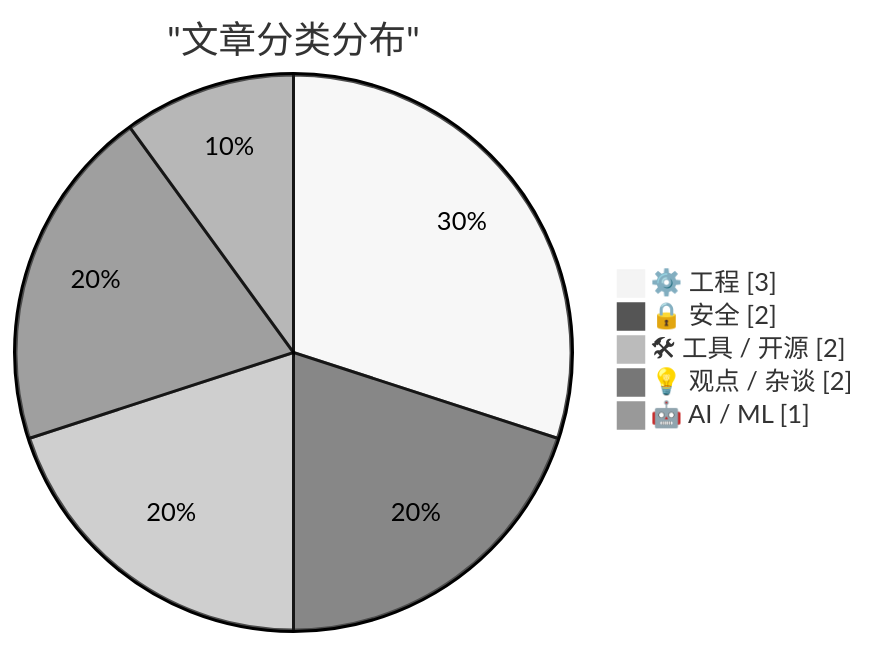
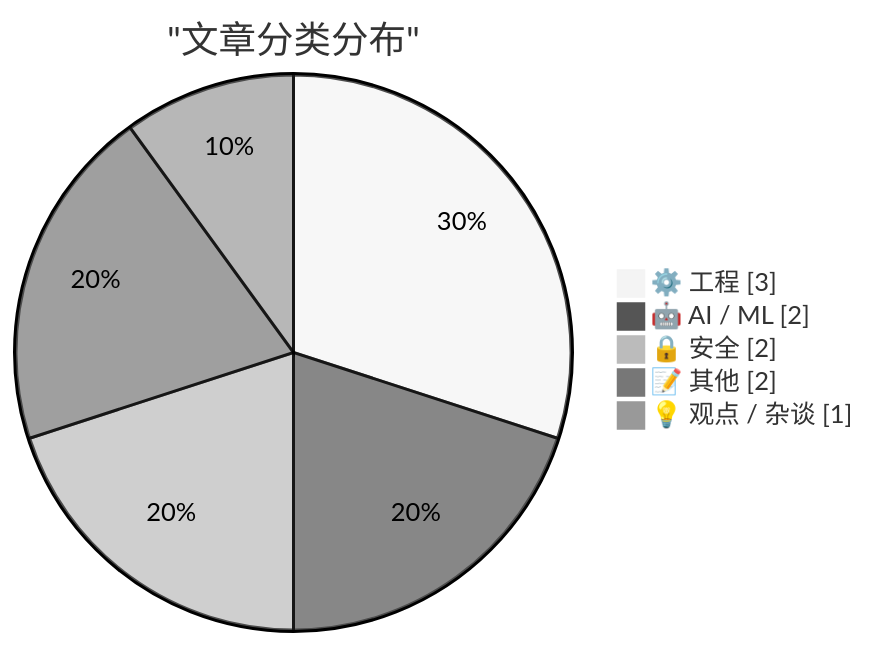
The first of 2 diagrams in content/ai-daily/2026-03-19.md (originem0/SZBlog), drawn with Mermaid (neutral theme) before and after one commit. The commit also changed other lines of this file, not shown here.

````diff
--- a/content/ai-daily/2026-03-19.md
+++ b/content/ai-daily/2026-03-19.md
@@ -54,9 +57,9 @@
 ```mermaid
 pie showData
     title "文章分类分布"
     "⚙️ 工程" : 3
+    "🤖 AI / ML" : 2
     "🔒 安全" : 2
-    "🛠 工具 / 开源" : 2
-    "💡 观点 / 杂谈" : 2
-    "🤖 AI / ML" : 1
+    "📝 其他" : 2
+    "💡 观点 / 杂谈" : 1
 ```
````
